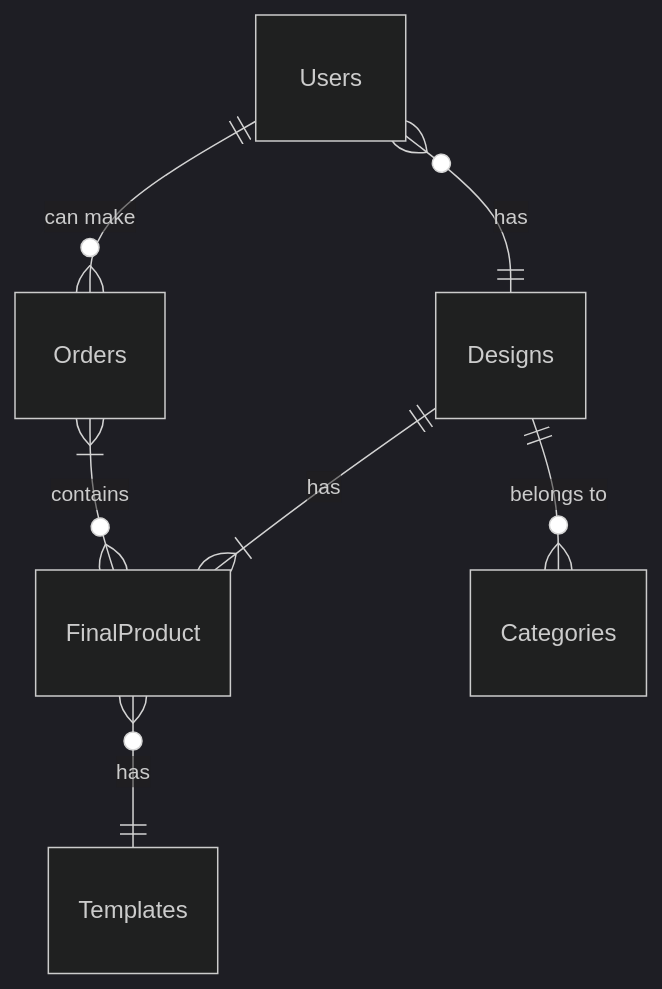
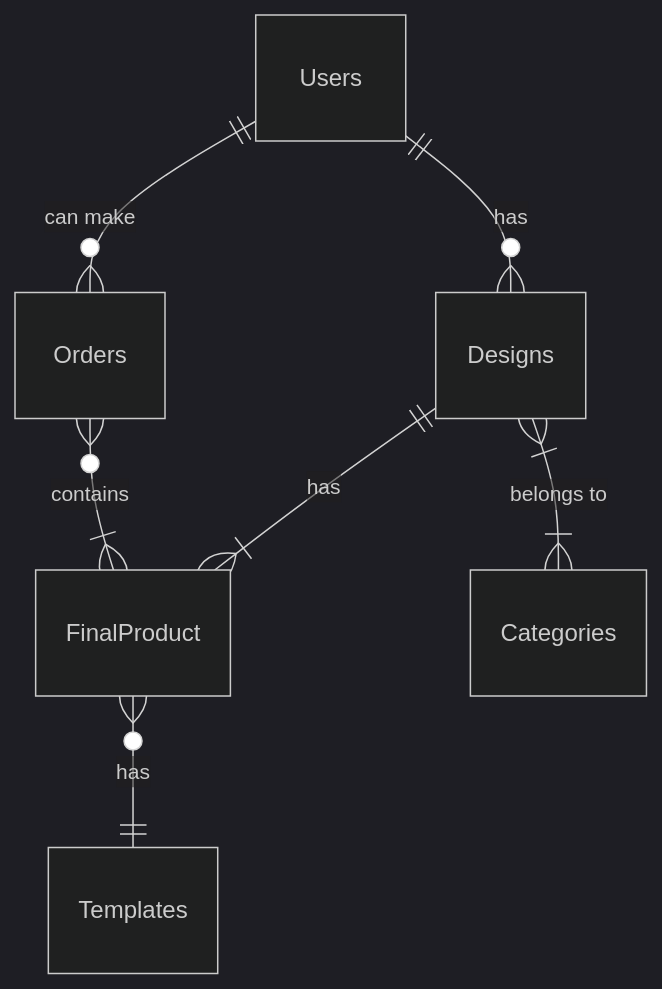
The diagram in documentations/HLD.md (ninjoz/gitart), drawn with Mermaid (dark theme) before and after one commit.

````diff
--- a/documentations/HLD.md
+++ b/documentations/HLD.md
@@ -50,10 +50,10 @@
 ```mermaid
 erDiagram
 
-Users }o--|| Designs: "has"
-Orders }|--o{ FinalProduct: "contains"
+Users ||--o{ Designs: "has"
+Orders }o--|{ FinalProduct: "contains"
 Users ||--o{ Orders: "can make"
 Designs ||--|{ FinalProduct: "has"
-Designs ||--o{ Categories: "belongs to"
+Designs }|--|{ Categories: "belongs to"
 FinalProduct }o--|| Templates: "has"
 ```
````
